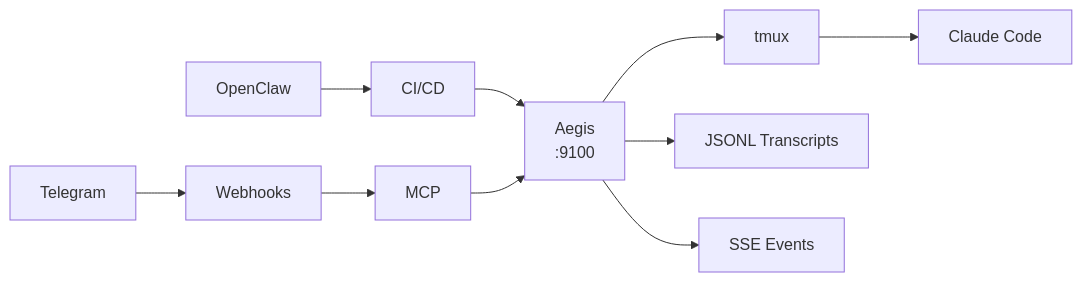
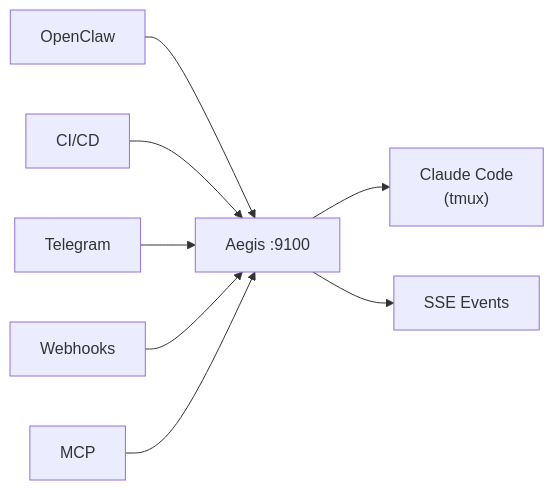
The diagram in README.md (OneStepAt4time/aegis), drawn with Mermaid before and after one commit. The commit also changed other lines of this file and 2 other files, not shown here.

First line of the commit message:
readme: refresh with new banner, architecture hero, and streamlined content

````diff
--- a/README.md
+++ b/README.md
@@ -33,11 +53,10 @@
 ```mermaid
 graph LR
-    OC["OpenClaw"] -->
-    CI["CI/CD"]     --> API["Aegis<br/>:9100"] --> TMX["tmux"] --> CC["Claude Code"]
-    TG["Telegram"]  -->
-    WH["Webhooks"]  -->
-    MCP["MCP"]       -->
-
-    API --> JSON["JSONL Transcripts"]
+    OC["OpenClaw"] --> API["Aegis :9100"]
+    CI["CI/CD"]     --> API
+    TG["Telegram"]  --> API
+    WH["Webhooks"]  --> API
+    MCP["MCP"]      --> API
+    API --> CC["Claude Code<br/>(tmux)"]
     API --> SSE["SSE Events"]
 ```
````
